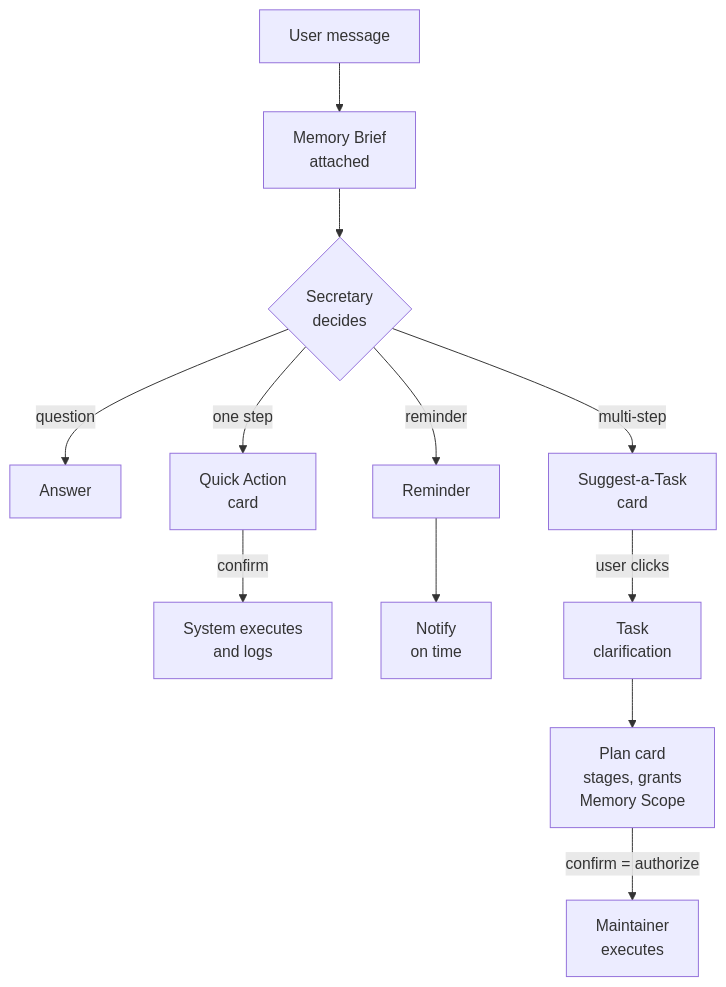
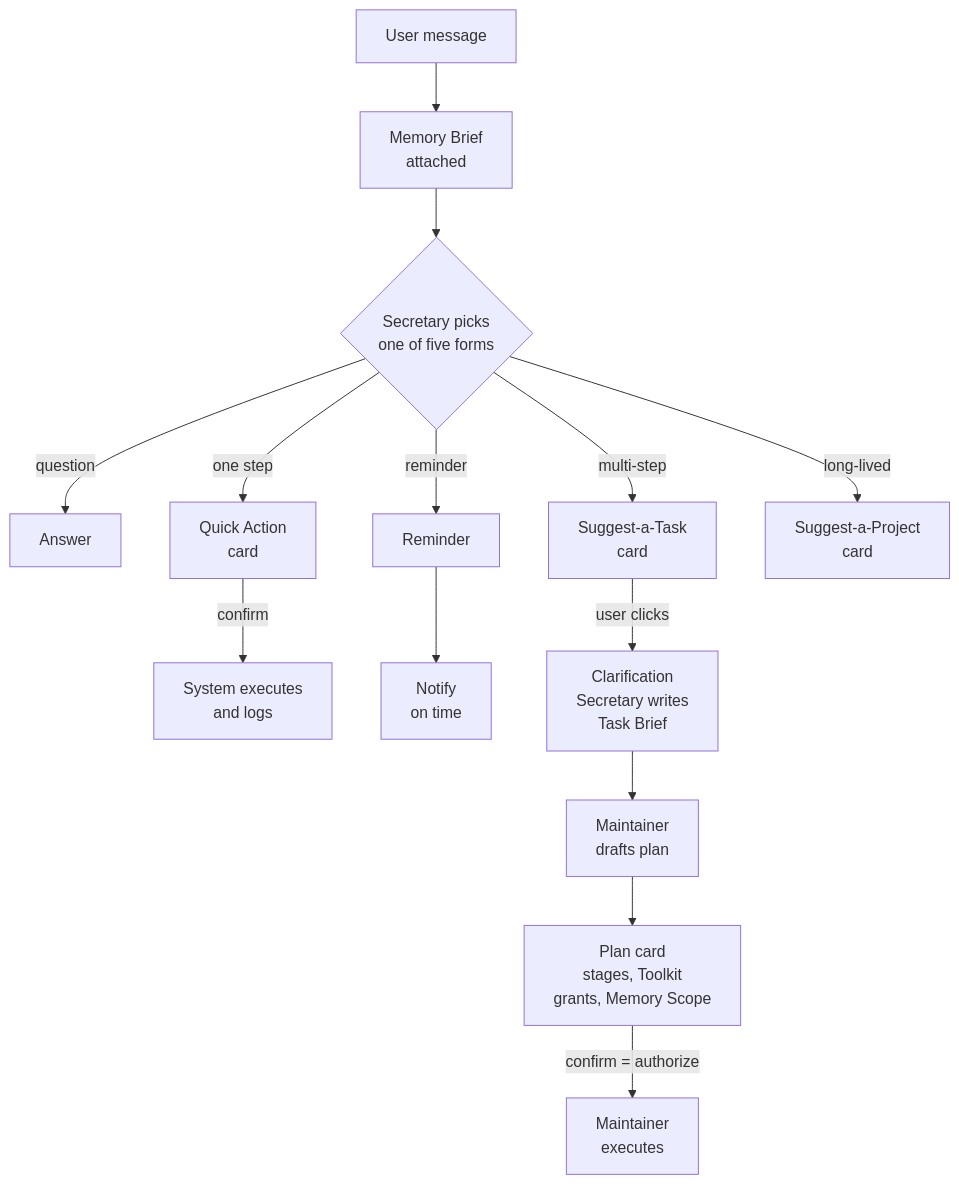
One commit to catmaniii/ergo changed the third of 9 diagrams in README.en.md. Above: the diagram before and after it, drawn with Mermaid. The commit also changed other lines of this file and 34 other files, not shown here.

````diff
--- a/README.en.md
+++ b/README.en.md
@@ -123,14 +136,16 @@
 ```mermaid
 flowchart TB
     MSG["User message"] --> BR["Memory Brief<br/>attached"]
-    BR --> JUDGE{"Secretary<br/>decides"}
+    BR --> JUDGE{"Secretary picks<br/>one of five forms"}
     JUDGE -->|"question"| ANS["Answer"]
     JUDGE -->|"one step"| QA["Quick Action<br/>card"]
     JUDGE -->|"reminder"| RM["Reminder"]
     JUDGE -->|"multi-step"| SUG["Suggest-a-Task<br/>card"]
+    JUDGE -->|"long-lived"| SUGP["Suggest-a-Project<br/>card"]
     QA -->|"confirm"| EXEC["System executes<br/>and logs"]
     RM --> SCH["Notify<br/>on time"]
-    SUG -->|"user clicks"| START["Task<br/>clarification"]
-    START --> PLAN["Plan card<br/>stages, grants<br/>Memory Scope"]
+    SUG -->|"user clicks"| START["Clarification<br/>Secretary writes<br/>Task Brief"]
+    START --> DRAFT["Maintainer<br/>drafts plan"]
+    DRAFT --> PLAN["Plan card<br/>stages, Toolkit<br/>grants, Memory Scope"]
     PLAN -->|"confirm = authorize"| RUN["Maintainer<br/>executes"]
 ```
````
